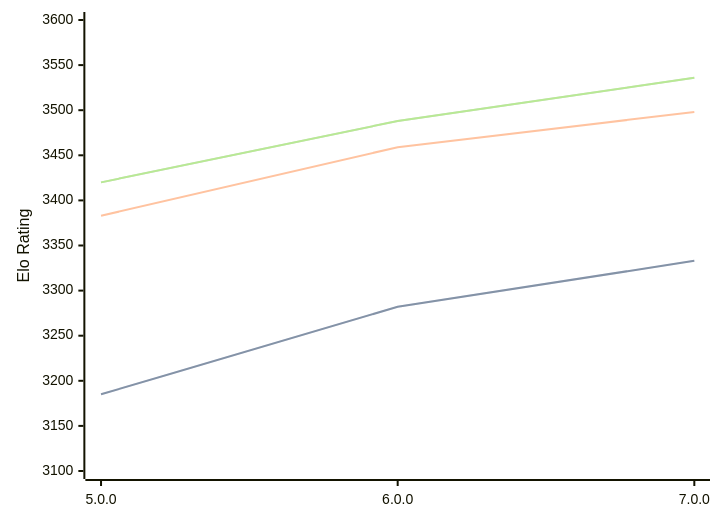
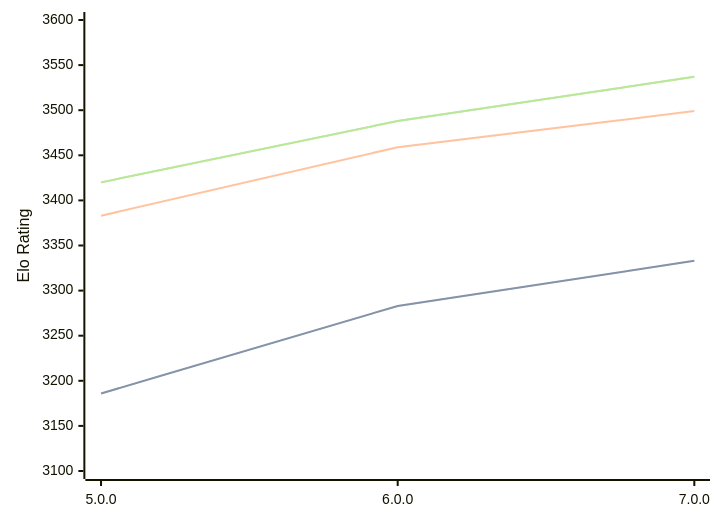
Before and after one commit to computer-chess-index/cci: the first of 3 diagrams in engines/Stormphrax.md, drawn with Mermaid. The commit also changed other lines of this file, not shown here.

Commit message:
Update CCI Ratings (ELO VLTC) - 2026-06-16

````diff
--- a/engines/Stormphrax.md
+++ b/engines/Stormphrax.md
@@ -38,11 +38,11 @@
 ```mermaid
 %%{init: {"theme":"base","themeVariables":{"seriesColors:['#a3a3a3','#222221','#faa371']}}}%%
 xychart-beta
   x-axis ["5.0.0", "6.0.0", "7.0.0"]
   y-axis "Elo Rating" 3100 --> 3600
-  line "STC (8.0+0.08s)" [3185, 3282, 3333]
-  line "STC (8.0+0.08s)" [3185, 3282, 3333]
-  line "LTC (60.0+0.60s)" [3383, 3459, 3498]
-  line "VLTC (2m24s+1.12s)" [3420, 3488, 3536]
-  line "VLTC (2m24s+1.12s)" [3420, 3488, 3536]
+  line "STC (8.0+0.08s)" [3186, 3283, 3333]
+  line "STC (8.0+0.08s)" [3186, 3283, 3333]
+  line "LTC (60.0+0.60s)" [3383, 3459, 3499]
+  line "VLTC (2m24s+1.12s)" [3420, 3488, 3537]
+  line "VLTC (2m24s+1.12s)" [3420, 3488, 3537]
 ```
````
